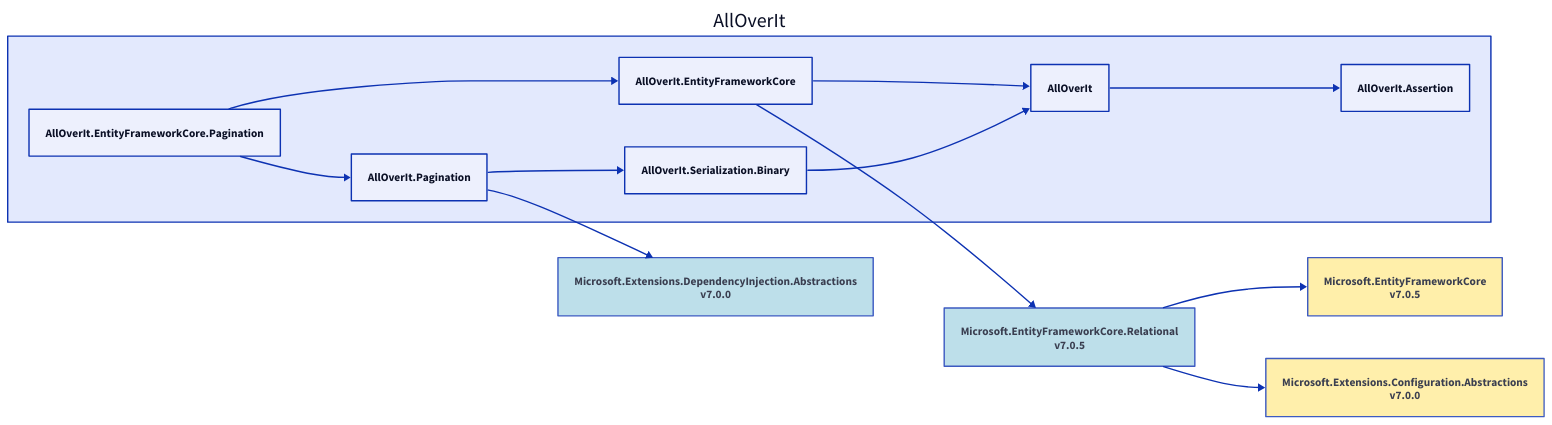
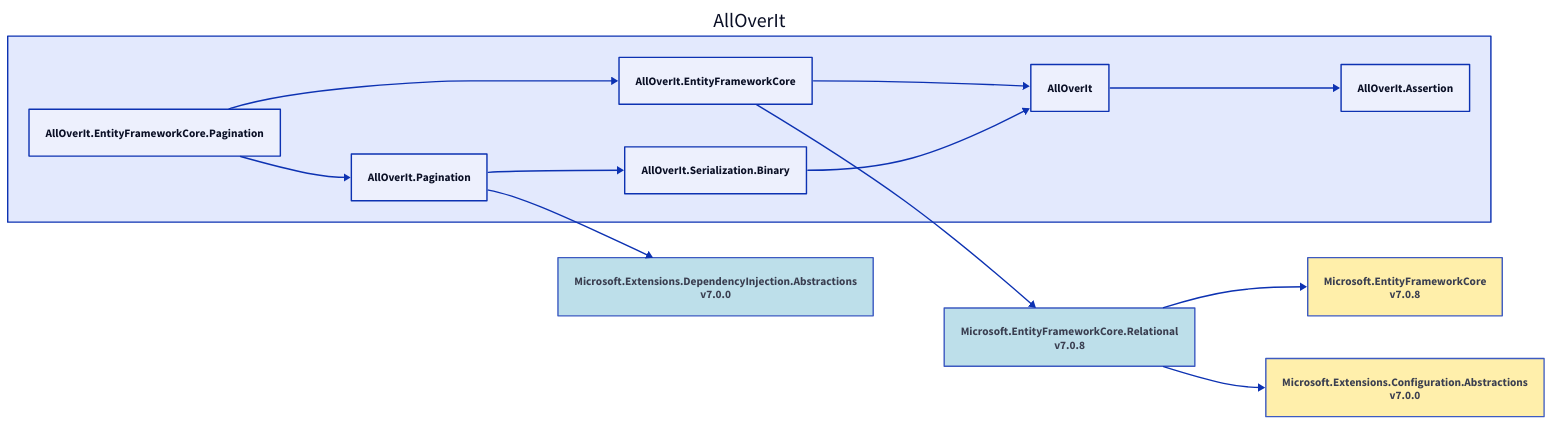
The diagram in Docs/Dependencies/alloverit-entityframeworkcore-pagination.d2 (nickathone/AllOverIt), drawn with D2 before and after one commit. The commit also changed 20 other files, not shown here.

Commit message:
Dependency diagram updates

```diff
--- a/Docs/Dependencies/alloverit-entityframeworkcore-pagination.d2
+++ b/Docs/Dependencies/alloverit-entityframeworkcore-pagination.d2
@@ -1,31 +1,31 @@
 direction: right
 
 aoi: AllOverIt
 aoi.alloverit-entityframeworkcore-pagination: AllOverIt.EntityFrameworkCore.Pagination
 aoi.alloverit-entityframeworkcore: AllOverIt.EntityFrameworkCore
-microsoft-entityframeworkcore-relational_7-0-5: Microsoft.EntityFrameworkCore.Relational\nv7.0.5
-microsoft-entityframeworkcore-relational_7-0-5.style.fill: "#ADD8E6"
-microsoft-entityframeworkcore-relational_7-0-5.style.opacity: 0.8
-microsoft-entityframeworkcore_7-0-5: Microsoft.EntityFrameworkCore\nv7.0.5
-microsoft-entityframeworkcore_7-0-5.style.fill: "#FFEC96"
-microsoft-entityframeworkcore_7-0-5.style.opacity: 0.8
-microsoft-entityframeworkcore_7-0-5 <- microsoft-entityframeworkcore-relational_7-0-5
+microsoft-entityframeworkcore-relational_7-0-8: Microsoft.EntityFrameworkCore.Relational\nv7.0.8
+microsoft-entityframeworkcore-relational_7-0-8.style.fill: "#ADD8E6"
+microsoft-entityframeworkcore-relational_7-0-8.style.opacity: 0.8
+microsoft-entityframeworkcore_7-0-8: Microsoft.EntityFrameworkCore\nv7.0.8
+microsoft-entityframeworkcore_7-0-8.style.fill: "#FFEC96"
+microsoft-entityframeworkcore_7-0-8.style.opacity: 0.8
+microsoft-entityframeworkcore_7-0-8 <- microsoft-entityframeworkcore-relational_7-0-8
 microsoft-extensions-configuration-abstractions_7-0-0: Microsoft.Extensions.Configuration.Abstractions\nv7.0.0
 microsoft-extensions-configuration-abstractions_7-0-0.style.fill: "#FFEC96"
 microsoft-extensions-configuration-abstractions_7-0-0.style.opacity: 0.8
-microsoft-extensions-configuration-abstractions_7-0-0 <- microsoft-entityframeworkcore-relational_7-0-5
-microsoft-entityframeworkcore-relational_7-0-5 <- aoi.alloverit-entityframeworkcore
+microsoft-extensions-configuration-abstractions_7-0-0 <- microsoft-entityframeworkcore-relational_7-0-8
+microsoft-entityframeworkcore-relational_7-0-8 <- aoi.alloverit-entityframeworkcore
 aoi.alloverit: AllOverIt
 aoi.alloverit-assertion: AllOverIt.Assertion
 aoi.alloverit-assertion <- aoi.alloverit
 aoi.alloverit <- aoi.alloverit-entityframeworkcore
 aoi.alloverit-entityframeworkcore <- aoi.alloverit-entityframeworkcore-pagination
 aoi.alloverit-pagination: AllOverIt.Pagination
 microsoft-extensions-dependencyinjection-abstractions_7-0-0: Microsoft.Extensions.DependencyInjection.Abstractions\nv7.0.0
 microsoft-extensions-dependencyinjection-abstractions_7-0-0.style.fill: "#ADD8E6"
 microsoft-extensions-dependencyinjection-abstractions_7-0-0.style.opacity: 0.8
 microsoft-extensions-dependencyinjection-abstractions_7-0-0 <- aoi.alloverit-pagination
 aoi.alloverit-serialization-binary: AllOverIt.Serialization.Binary
 aoi.alloverit <- aoi.alloverit-serialization-binary
 aoi.alloverit-serialization-binary <- aoi.alloverit-pagination
 aoi.alloverit-pagination <- aoi.alloverit-entityframeworkcore-pagination
```
